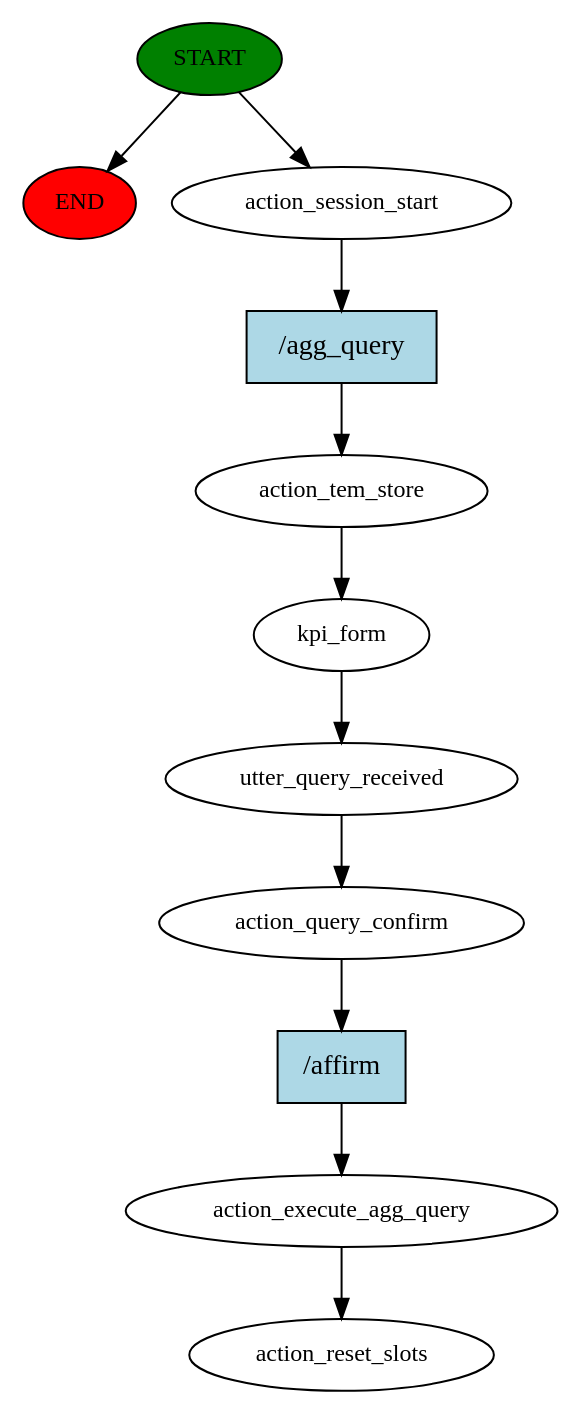
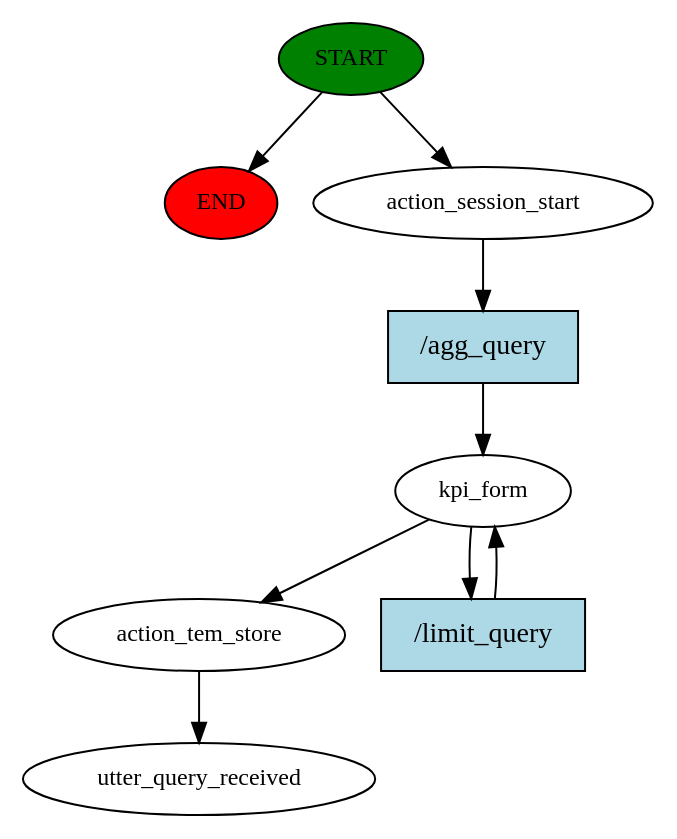
The diagram in story_graph.dot (yuqiong11/kpichat), drawn with Graphviz before and after one commit. The commit also changed 4 other files, not shown here.

```diff
--- a/story_graph.dot
+++ b/story_graph.dot
@@ -1,23 +1,18 @@
 digraph  {
 0 [class="start active", fillcolor=green, fontsize=12, label=START, style=filled];
 "-1" [class=end, fillcolor=red, fontsize=12, label=END, style=filled];
 1 [class=active, fontsize=12, label=action_session_start];
-2 [class=active, fontsize=12, label=action_tem_store];
-3 [class=active, fontsize=12, label=kpi_form];
-4 [class=active, fontsize=12, label=utter_query_received];
-5 [class=active, fontsize=12, label=action_query_confirm];
-6 [class=active, fontsize=12, label=action_execute_agg_query];
-7 [class="dashed active", fontsize=12, label=action_reset_slots];
-8 [class="intent active", fillcolor=lightblue, label="/agg_query", shape=rect, style=filled];
-9 [class="intent active", fillcolor=lightblue, label="/affirm", shape=rect, style=filled];
+2 [class=active, fontsize=12, label=kpi_form];
+4 [class=active, fontsize=12, label=action_tem_store];
+5 [class="dashed active", fontsize=12, label=utter_query_received];
+6 [class="intent active", fillcolor=lightblue, label="/agg_query", shape=rect, style=filled];
+7 [class="intent active", fillcolor=lightblue, label="/limit_query", shape=rect, style=filled];
 0 -> "-1"  [class="", key=NONE, label=""];
 0 -> 1  [class=active, key=NONE, label=""];
-1 -> 8  [class=active, key=0];
-2 -> 3  [class=active, key=NONE, label=""];
-3 -> 4  [class=active, key=NONE, label=""];
+1 -> 6  [class=active, key=0];
+2 -> 4  [class=active, key=NONE, label=""];
+2 -> 7  [class=active, key=0];
 4 -> 5  [class=active, key=NONE, label=""];
-5 -> 9  [class=active, key=0];
-6 -> 7  [class=active, key=NONE, label=""];
-8 -> 2  [class=active, key=0];
-9 -> 6  [class=active, key=0];
+6 -> 2  [class=active, key=0];
+7 -> 2  [class=active, key=0];
 }
```
